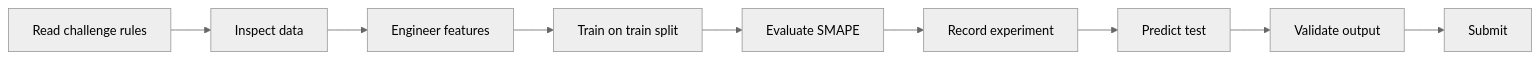
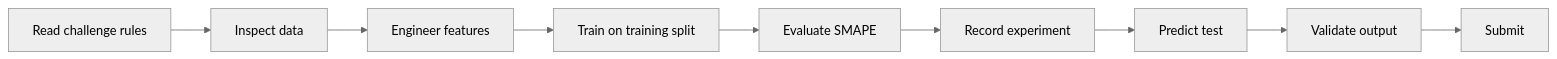
Before and after one commit to Brajesh31/AmazonML-Hackathon: the diagram in docs/README.md, drawn with Mermaid (neutral theme). The commit also changed other lines of this file, not shown here.

````diff
--- a/docs/README.md
+++ b/docs/README.md
@@ -35,11 +45,11 @@
 ```mermaid
 flowchart LR
     A[Read challenge rules] --> B[Inspect data]
     B --> C[Engineer features]
-    C --> D[Train on train split]
+    C --> D[Train on training split]
     D --> E[Evaluate SMAPE]
     E --> F[Record experiment]
     F --> G[Predict test]
     G --> H[Validate output]
     H --> I[Submit]
 ```
````
